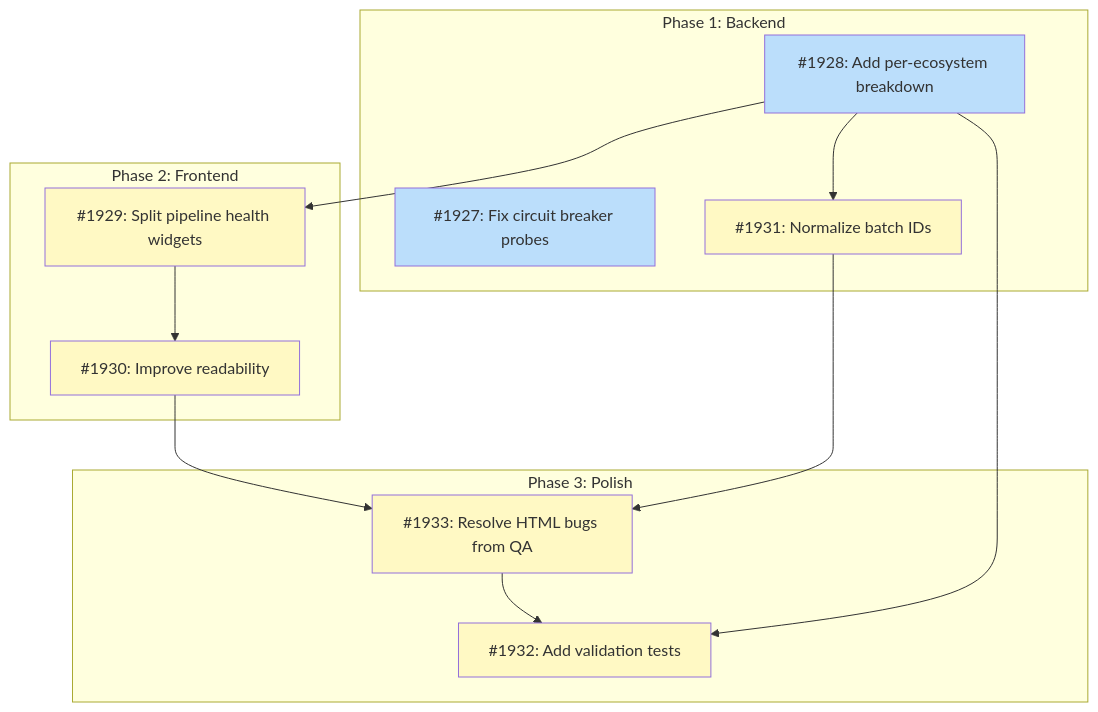
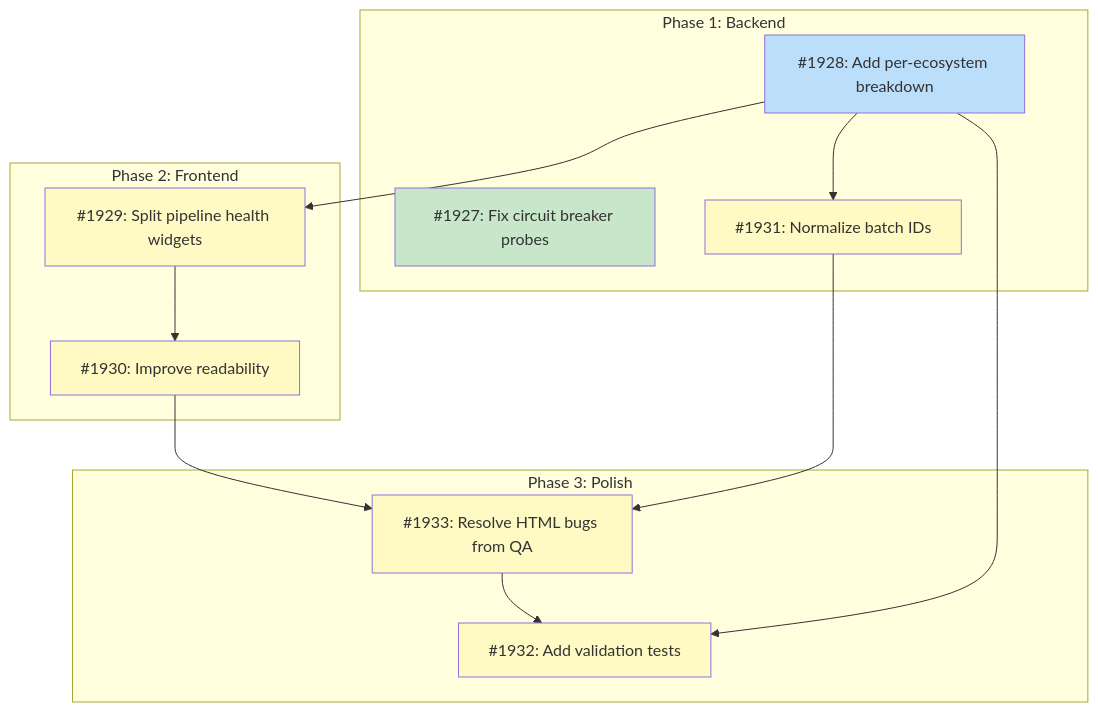
One commit to tsukumogami/tsuku changed the diagram in docs/designs/DESIGN-pipeline-dashboard-overhaul.md. Above: the diagram before and after it, drawn with Mermaid. The commit also changed other lines of this file, not shown here.

````diff
--- a/docs/designs/DESIGN-pipeline-dashboard-overhaul.md
+++ b/docs/designs/DESIGN-pipeline-dashboard-overhaul.md
@@ -55,35 +55,36 @@
 ```mermaid
 graph TD
     subgraph Phase1["Phase 1: Backend"]
         I1927["#1927: Fix circuit breaker probes"]
         I1928["#1928: Add per-ecosystem breakdown"]
         I1931["#1931: Normalize batch IDs"]
     end
 
     subgraph Phase2["Phase 2: Frontend"]
         I1929["#1929: Split pipeline health widgets"]
         I1930["#1930: Improve readability"]
     end
 
     subgraph Phase3["Phase 3: Polish"]
         I1933["#1933: Resolve HTML bugs from QA"]
         I1932["#1932: Add validation tests"]
     end
 
     I1928 --> I1929
     I1928 --> I1931
     I1928 --> I1932
     I1929 --> I1930
     I1930 --> I1933
     I1931 --> I1933
     I1933 --> I1932
 
     classDef done fill:#c8e6c9
     classDef ready fill:#bbdefb
     classDef blocked fill:#fff9c4
     classDef needsDesign fill:#e1bee7
     classDef tracksDesign fill:#FFE0B2,stroke:#F57C00,color:#000
 
-    class I1927,I1928 ready
+    class I1927 done
+    class I1928 ready
     class I1929,I1931,I1930,I1933,I1932 blocked
 ```
````
